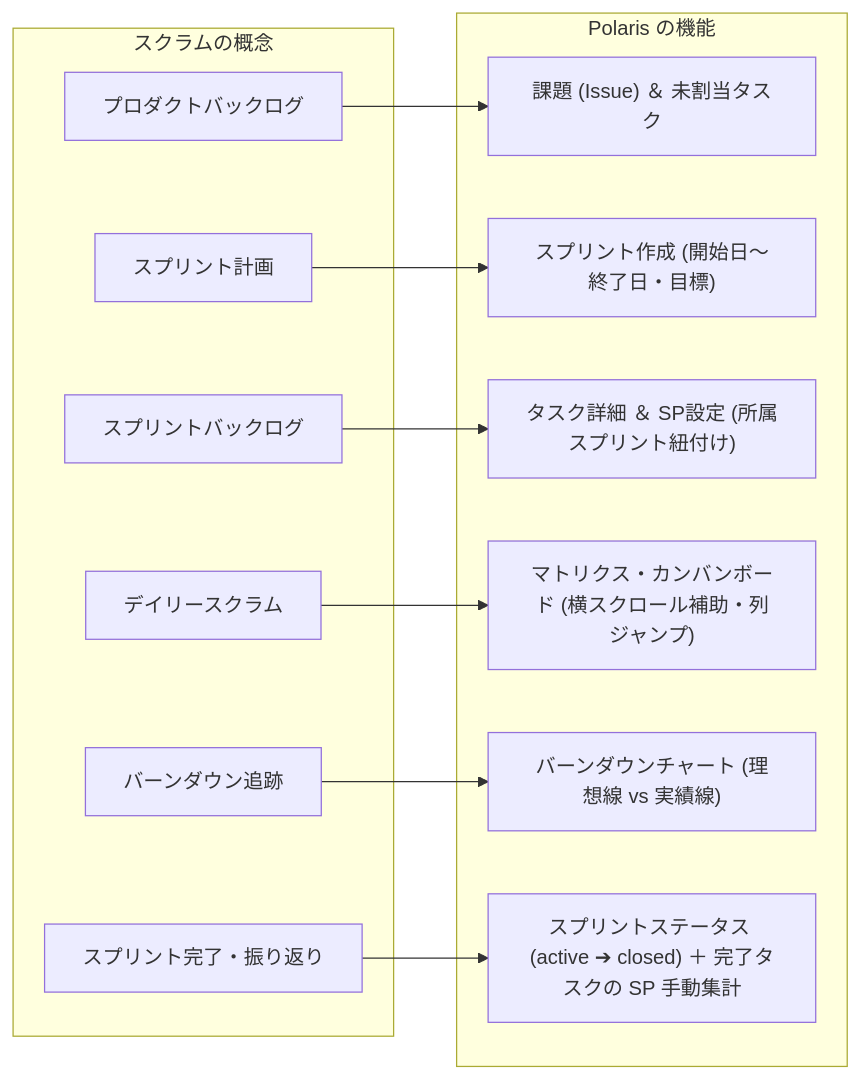
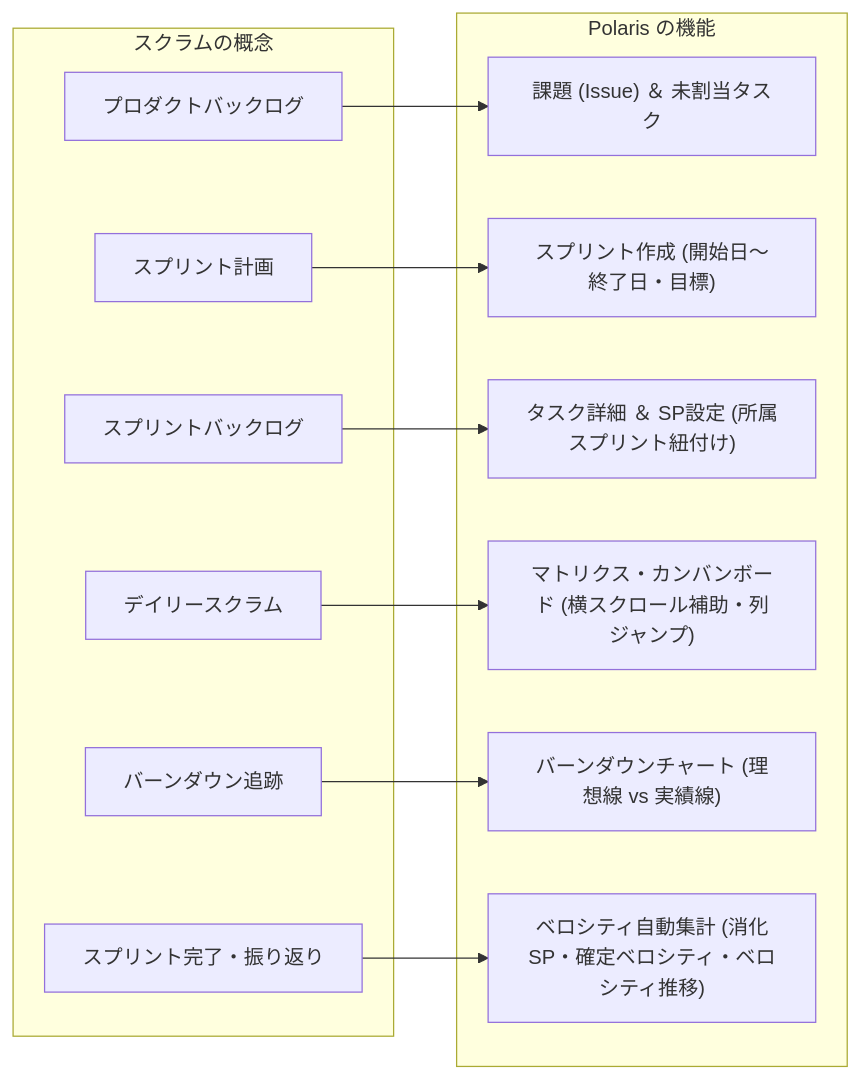
The first of 2 diagrams in docs/scrum_starter_guide.md (takayoshi-u/polaris), drawn with Mermaid before and after one commit. The commit also changed other lines of this file and 18 other files, not shown here.

````diff
--- a/docs/scrum_starter_guide.md
+++ b/docs/scrum_starter_guide.md
@@ -22,27 +22,27 @@
 ```mermaid
 flowchart LR
     subgraph Scrum["スクラムの概念"]
         PB["プロダクトバックログ"]
         SP["スプリント計画"]
         SB["スプリントバックログ"]
         DS["デイリースクラム"]
         BD["バーンダウン追跡"]
         SR["スプリント完了・振り返り"]
     end
 
     subgraph Polaris["Polaris の機能"]
         ISSUE["課題 (Issue) ＆ 未割当タスク"]
         SPRINT_MODAL["スプリント作成 (開始日〜終了日・目標)"]
         TASK_ASSIGN["タスク詳細 ＆ SP設定 (所属スプリント紐付け)"]
         KANBAN["マトリクス・カンバンボード (横スクロール補助・列ジャンプ)"]
         BURNDOWN["バーンダウンチャート (理想線 vs 実績線)"]
-        VELOCITY["スプリントステータス (active ➔ closed) ＋ 完了タスクの SP 手動集計"]
+        VELOCITY["ベロシティ自動集計 (消化SP・確定ベロシティ・ベロシティ推移)"]
     end
 
     PB --> ISSUE
     SP --> SPRINT_MODAL
     SB --> TASK_ASSIGN
     DS --> KANBAN
     BD --> BURNDOWN
     SR --> VELOCITY
 ```
````
